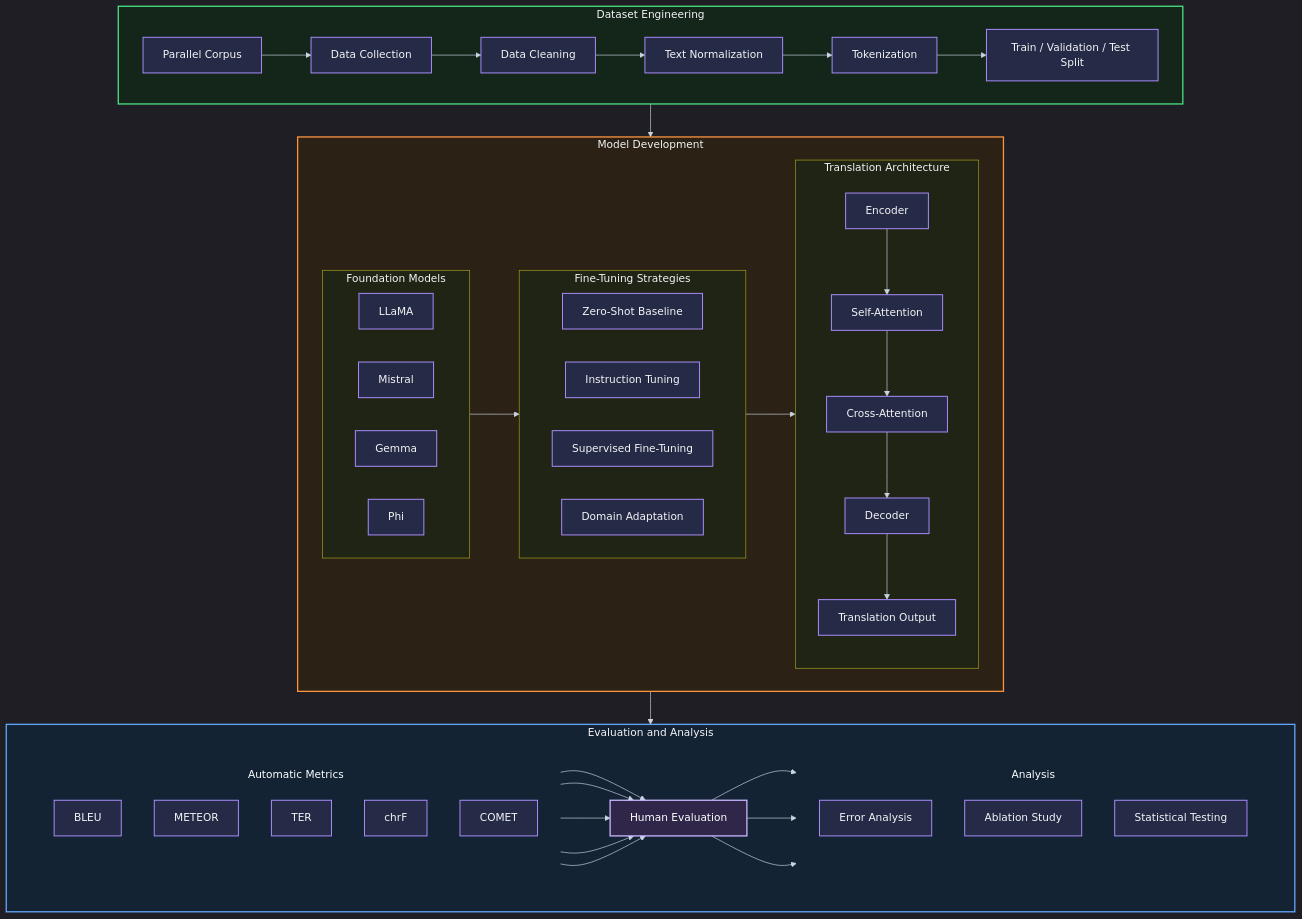
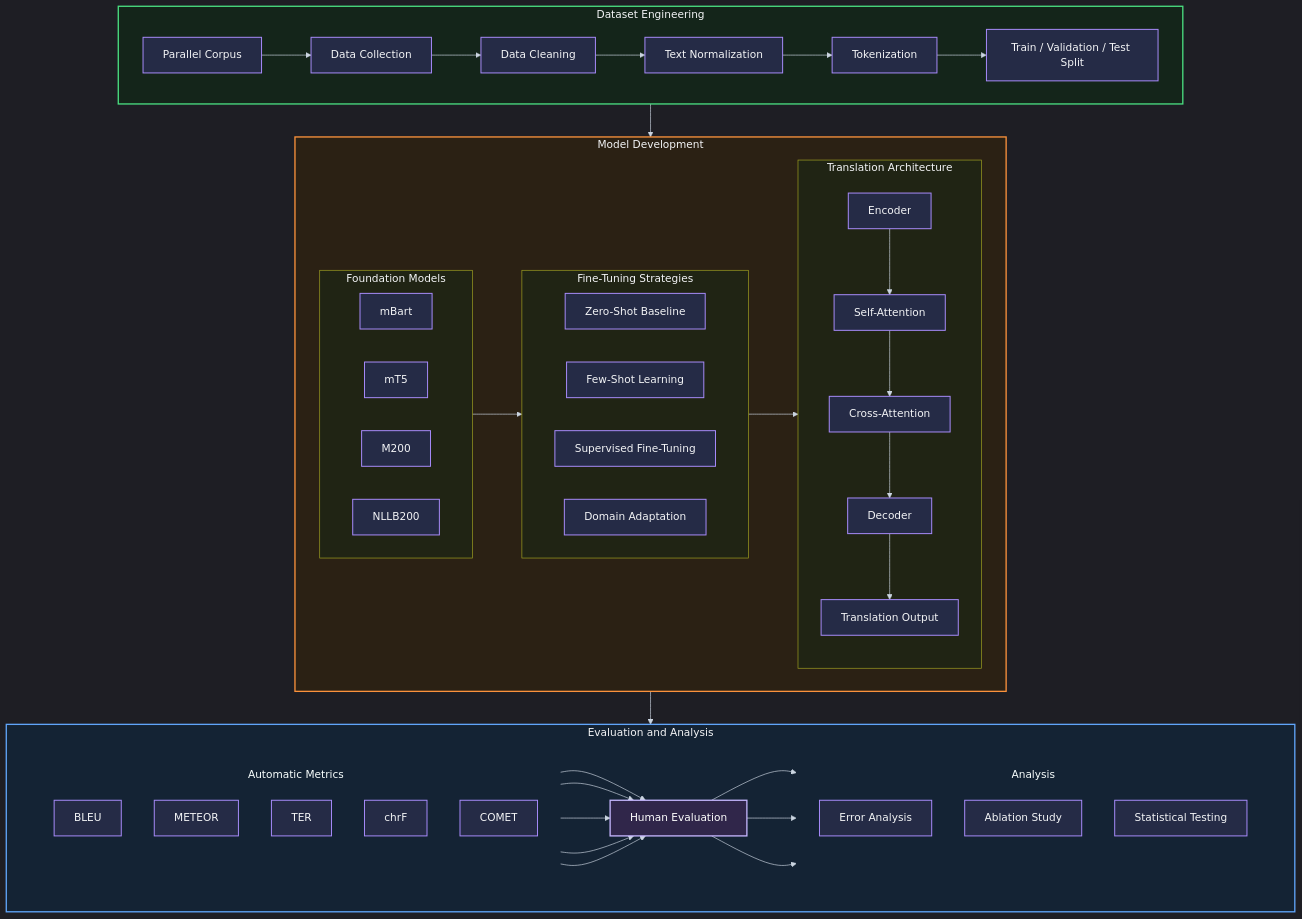
One commit to dabinotek/GradioDemo changed the diagram in MT_Seminar.md. Above: the diagram before and after it, drawn with Mermaid.

Commit message:
Update model names in MT_Seminar.md

````diff
--- a/MT_Seminar.md
+++ b/MT_Seminar.md
@@ -5,80 +5,80 @@
 ```mermaid
 %%{init: {"theme": "dark", "flowchart": {"curve": "basis", "htmlLabels": true}, "themeVariables": {"background": "#0b0f14", "primaryColor": "#252b46", "primaryTextColor": "#f3f4f6", "primaryBorderColor": "#a78bfa", "lineColor": "#cbd5e1", "secondaryColor": "#172a1d", "tertiaryColor": "#172436", "clusterBkg": "#151b24", "clusterBorder": "#64748b", "edgeLabelBackground": "#0b0f14", "fontFamily": "Arial, sans-serif"}}}%%
 flowchart TB
   subgraph DATA[Dataset Engineering]
     direction LR
     PC[Parallel Corpus] --> DC[Data Collection] --> CL[Data Cleaning] --> TN[Text Normalization] --> TK[Tokenization] --> SPLIT[Train / Validation / Test Split]
   end
 
   subgraph MODEL[Model Development]
     direction LR
     subgraph FOUNDATION[Foundation Models]
       direction LR
-      LLAMA[LLaMA]
-      MISTRAL[Mistral]
-      GEMMA[Gemma]
-      PHI[Phi]
+      mBART[mBart]
+      MT5[mT5]
+      M200[M200]
+      NLLB200[NLLB200]
     end
 
     subgraph FINETUNE[Fine-Tuning Strategies]
       direction LR
       ZERO[Zero-Shot Baseline]
-      INST[Instruction Tuning]
+      FEW[Few-Shot Learning]
       SFT[Supervised Fine-Tuning]
       DOMAIN[Domain Adaptation]
     end
 
     subgraph ARCH[Translation Architecture]
       direction TB
       ENC[Encoder] --> SELF[Self-Attention] --> CROSS[Cross-Attention] --> DEC[Decoder] --> OUT[Translation Output]
     end
 
     FOUNDATION --> FINETUNE --> ARCH
   end
 
   DATA --> MODEL
 
   subgraph EVAL[Evaluation and Analysis]
     direction LR
     subgraph METRICS[Automatic Metrics]
       direction TB
       BLEU[BLEU]
       METEOR[METEOR]
       TER[TER]
       CHRF[chrF]
       COMET[COMET]
     end
     HUMAN[Human Evaluation]
     subgraph ANALYSIS[Analysis]
       direction TB
       ERROR[Error Analysis]
       ABLATION[Ablation Study]
       STATS[Statistical Testing]
     end
     BLEU --> HUMAN
     METEOR --> HUMAN
     TER --> HUMAN
     CHRF --> HUMAN
     COMET --> HUMAN
     HUMAN --> ERROR
     HUMAN --> ABLATION
     HUMAN --> STATS
   end
 
   MODEL --> EVAL
 
   classDef node fill:#252b46,stroke:#a78bfa,color:#f3f4f6,stroke-width:1.5px;
   classDef metric fill:#252b46,stroke:#a78bfa,color:#f3f4f6,stroke-width:1.5px;
   classDef human fill:#30264a,stroke:#c4b5fd,color:#ffffff,stroke-width:2px;
   class PC,DC,CL,TN,TK,SPLIT,LLAMA,MISTRAL,GEMMA,PHI,ZERO,INST,SFT,DOMAIN,ENC,SELF,CROSS,DEC,OUT,ERROR,ABlation,STATS node;
   class BLEU,METEOR,TER,CHRF,COMET metric;
   class HUMAN human;
   style DATA fill:#14251a,stroke:#4ade80,color:#f3f4f6,stroke-width:2px
   style MODEL fill:#2b2114,stroke:#fb923c,color:#f3f4f6,stroke-width:2px
   style FOUNDATION fill:#202414,stroke:#a3a322,color:#f3f4f6
   style FINETUNE fill:#202414,stroke:#a3a322,color:#f3f4f6
   style ARCH fill:#202414,stroke:#a3a322,color:#f3f4f6
   style EVAL fill:#142334,stroke:#60a5fa,color:#f3f4f6,stroke-width:2px
   style METRICS fill:transparent,stroke:transparent
   style ANALYSIS fill:transparent,stroke:transparent
 ```
````
